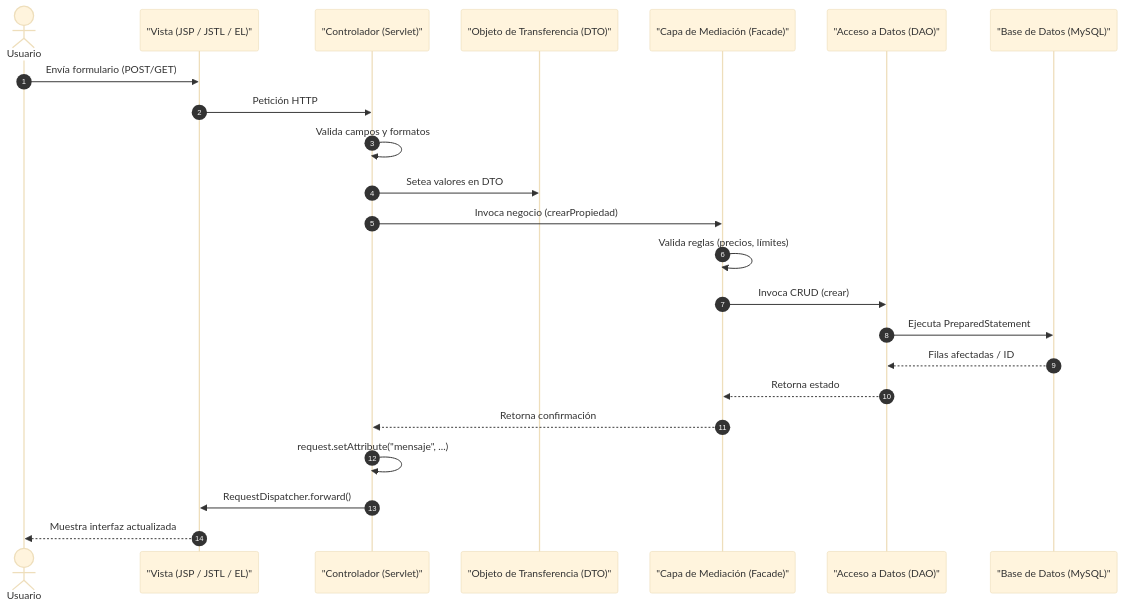
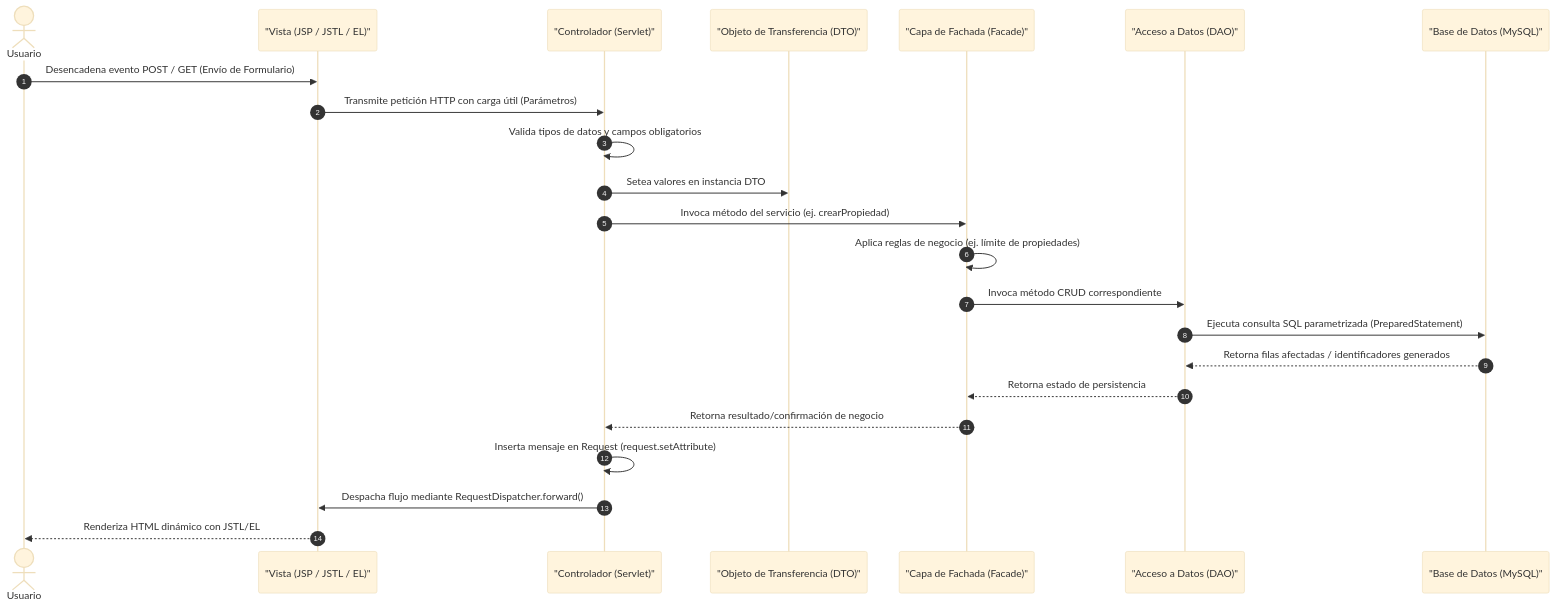
Before and after one commit to JeremiAlex04/Portal-Inmobiliario: the first of 3 diagrams in README.md, drawn with Mermaid (base theme). The commit also changed other lines of this file, not shown here.

Commit message:
Documentacion: Mejora de lenguaje academico y adicion de diagrama de infraestructura

````diff
--- a/README.md
+++ b/README.md
@@ -37,26 +49,26 @@
 ```mermaid
 sequenceDiagram
     autonumber
     actor Usuario
     participant JSP as "Vista (JSP / JSTL / EL)"
     participant Servlet as "Controlador (Servlet)"
     participant DTO as "Objeto de Transferencia (DTO)"
-    participant Facade as "Capa de Mediación (Facade)"
+    participant Facade as "Capa de Fachada (Facade)"
     participant DAO as "Acceso a Datos (DAO)"
     participant DB as "Base de Datos (MySQL)"
 
-    Usuario->>JSP: Envía formulario (POST/GET)
-    JSP->>Servlet: Petición HTTP
-    Servlet->>Servlet: Valida campos y formatos
-    Servlet->>DTO: Setea valores en DTO
-    Servlet->>Facade: Invoca negocio (crearPropiedad)
-    Facade->>Facade: Valida reglas (precios, límites)
-    Facade->>DAO: Invoca CRUD (crear)
-    DAO->>DB: Ejecuta PreparedStatement
-    DB-->>DAO: Filas afectadas / ID
-    DAO-->>Facade: Retorna estado
-    Facade-->>Servlet: Retorna confirmación
-    Servlet->>Servlet: request.setAttribute("mensaje", ...)
-    Servlet->>JSP: RequestDispatcher.forward()
-    JSP-->>Usuario: Muestra interfaz actualizada
+    Usuario->>JSP: Desencadena evento POST / GET (Envío de Formulario)
+    JSP->>Servlet: Transmite petición HTTP con carga útil (Parámetros)
+    Servlet->>Servlet: Valida tipos de datos y campos obligatorios
+    Servlet->>DTO: Setea valores en instancia DTO
+    Servlet->>Facade: Invoca método del servicio (ej. crearPropiedad)
+    Facade->>Facade: Aplica reglas de negocio (ej. límite de propiedades)
+    Facade->>DAO: Invoca método CRUD correspondiente
+    DAO->>DB: Ejecuta consulta SQL parametrizada (PreparedStatement)
+    DB-->>DAO: Retorna filas afectadas / identificadores generados
+    DAO-->>Facade: Retorna estado de persistencia
+    Facade-->>Servlet: Retorna resultado/confirmación de negocio
+    Servlet->>Servlet: Inserta mensaje en Request (request.setAttribute)
+    Servlet->>JSP: Despacha flujo mediante RequestDispatcher.forward()
+    JSP-->>Usuario: Renderiza HTML dinámico con JSTL/EL
 ```
````
